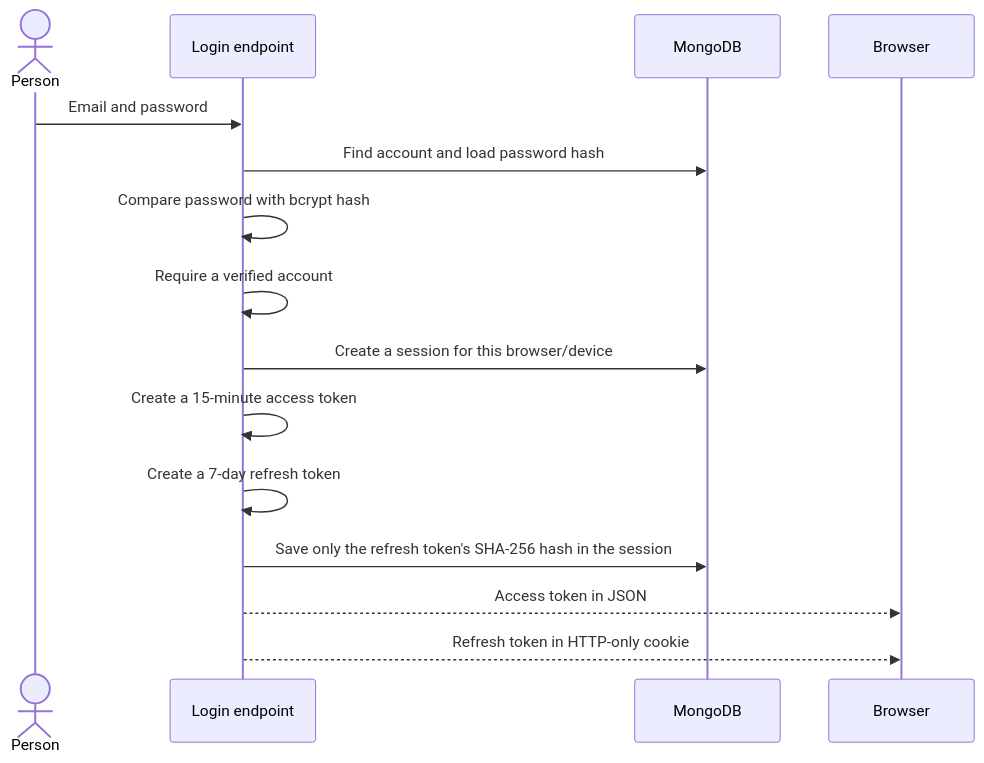
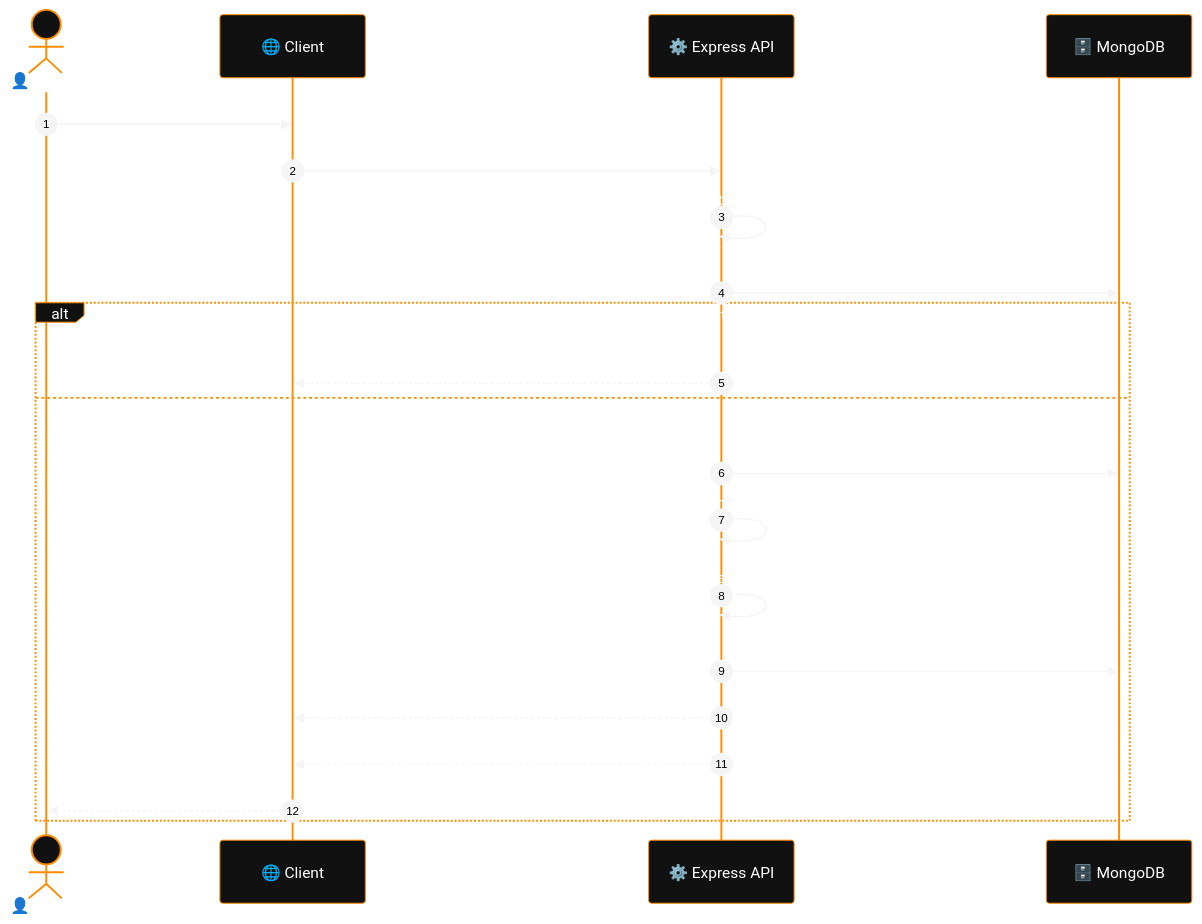
One commit to samroz-burhan/authentication-system-backend changed the sixth of 13 diagrams in README.md. Above: the diagram before and after it, drawn with Mermaid. The commit also changed other lines of this file and 14 other files, not shown here.

````diff
--- a/README.md
+++ b/README.md
@@ -72,18 +384,25 @@
 ```mermaid
+%%{init: {'theme': 'base', 'themeVariables': {'background': '#000000', 'primaryColor': '#111111', 'primaryTextColor': '#ffffff', 'primaryBorderColor': '#ff8c00', 'lineColor': '#ff8c00', 'secondaryColor': '#181818', 'tertiaryColor': '#222222', 'textColor': '#f5f5f5', 'mainBkg': '#111111', 'nodeBorder': '#ff8c00', 'clusterBkg': '#080808', 'clusterBorder': '#666666', 'titleColor': '#ffffff', 'edgeLabelBackground': '#111111', 'actorBkg': '#111111', 'actorBorder': '#ff8c00', 'actorTextColor': '#ffffff', 'actorLineColor': '#ff8c00', 'signalColor': '#f5f5f5', 'signalTextColor': '#ffffff', 'labelBoxBkgColor': '#111111', 'labelBoxBorderColor': '#ff8c00', 'labelTextColor': '#ffffff', 'loopTextColor': '#ffffff', 'noteBkgColor': '#111111', 'noteBorderColor': '#ff8c00', 'noteTextColor': '#ffffff', 'activationBkgColor': '#222222', 'activationBorderColor': '#ff8c00', 'sequenceNumberColor': '#000000', 'stateBkg': '#111111', 'stateBorder': '#ff8c00', 'stateLabelColor': '#ffffff', 'transitionColor': '#ff8c00', 'fontFamily': 'Segoe UI, Helvetica, Arial'}}}%%
 sequenceDiagram
-    actor Person
-    participant API as Login endpoint
-    participant DB as MongoDB
-    participant Browser
+    autonumber
+    actor P as 👤 Person
+    participant C as 🌐 Client
+    participant API as ⚙️ Express API
+    participant DB as 🗄️ MongoDB
 
-    Person->>API: Email and password
-    API->>DB: Find account and load password hash
-    API->>API: Compare password with bcrypt hash
-    API->>API: Require a verified account
-    API->>DB: Create a session for this browser/device
-    API->>API: Create a 15-minute access token
-    API->>API: Create a 7-day refresh token
-    API->>DB: Save only the refresh token's SHA-256 hash in the session
-    API-->>Browser: Access token in JSON
-    API-->>Browser: Refresh token in HTTP-only cookie
+    P->>C: Enter email and password
+    C->>API: POST /api/auth/login (credentials included)
+    API->>API: Validate input
+    API->>DB: Find user and select password hash
+    alt Unknown account, wrong password, or not verified
+        API-->>C: 401 Same public login error
+    else Credentials valid and email verified
+        API->>DB: Create session (user, IP, user agent, expiry)
+        API->>API: Sign access token (15 min, tokenUse = access)
+        API->>API: Sign refresh token (7 days, tokenUse = refresh)
+        API->>DB: Store SHA-256 hash of refresh token on session
+        API-->>C: 200 OK with accessToken in JSON
+        API-->>C: Set-Cookie refresh token (HttpOnly, SameSite=Strict)
+        C-->>P: Signed in
+    end
 ```
````
